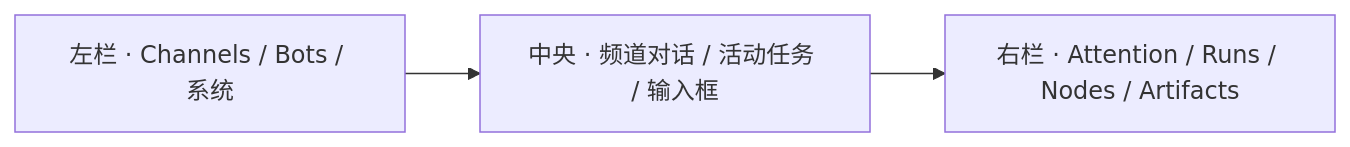
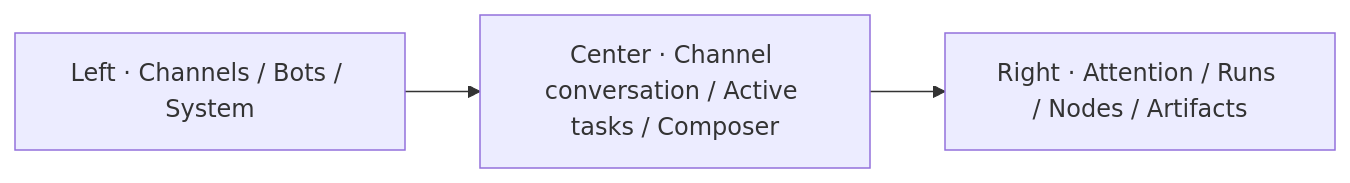
One commit to Peerframe/openbot changed the first of 2 diagrams in docs/INTERFACE.md. Above: the diagram before and after it, drawn with Mermaid. The commit also changed other lines of this file and 1 other file, not shown here.

````diff
--- a/docs/INTERFACE.md
+++ b/docs/INTERFACE.md
@@ -24,7 +30,7 @@
 ```mermaid
 flowchart LR
-    L["左栏 · Channels / Bots / 系统"]
-    C["中央 · 频道对话 / 活动任务 / 输入框"]
-    R["右栏 · Attention / Runs / Nodes / Artifacts"]
+    L["Left · Channels / Bots / System"]
+    C["Center · Channel conversation / Active tasks / Composer"]
+    R["Right · Attention / Runs / Nodes / Artifacts"]
     L --> C --> R
 ```
````
